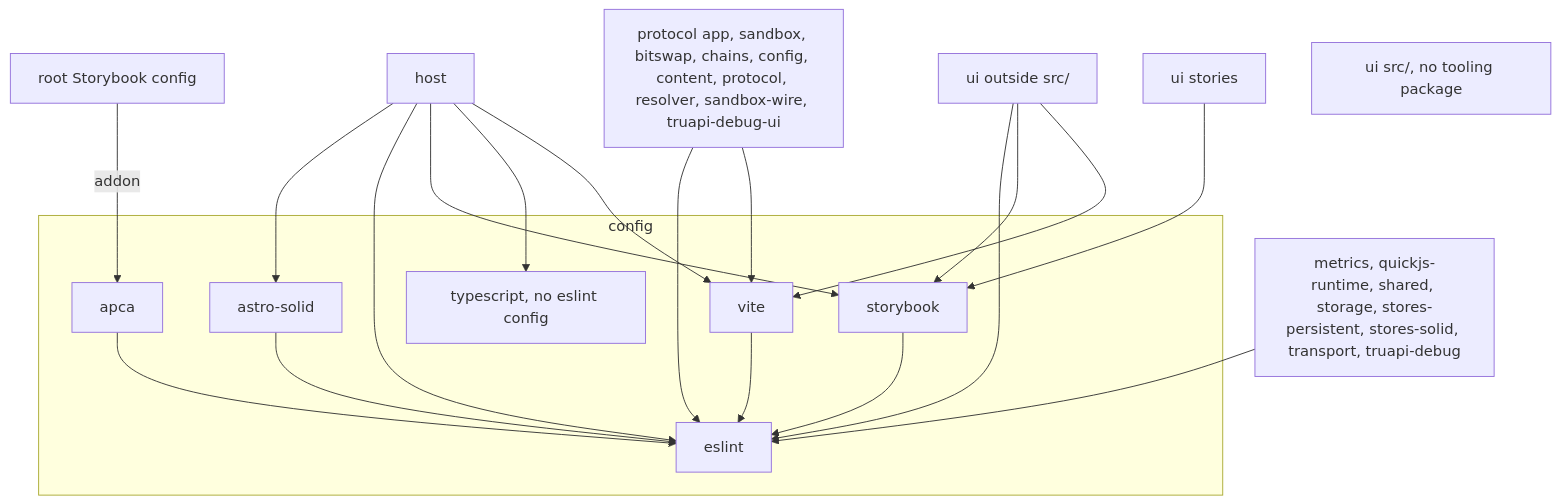
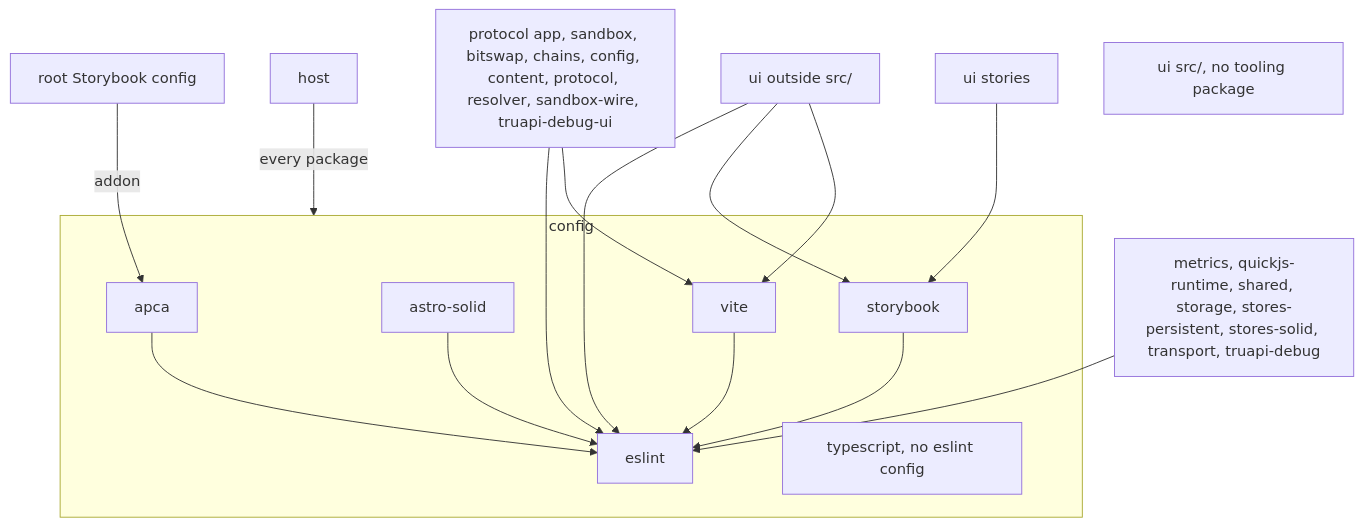
The second of 2 diagrams in docs/code/placement.md (paritytech/dotli-community), drawn with Mermaid before and after one commit.

Commit message:
docs(placement): keep the host's every-package tooling edge
The tooling diagram records what a layer may import, and the host may
import every package. The root Storybook config's addon edge to
@config/apca stays.

````diff
--- a/docs/code/placement.md
+++ b/docs/code/placement.md
@@ -75,25 +75,25 @@
 ```mermaid
 flowchart TD
   host[host]
   storybookConfig[root Storybook config]
   viteUsers["protocol app, sandbox, bitswap, chains, config, content, protocol, resolver, sandbox-wire, truapi-debug-ui"]
   eslintOnly["metrics, quickjs-runtime, shared, storage, stores-persistent, stores-solid, transport, truapi-debug"]
   uiRest["ui outside src/"]
   uiStories[ui stories]
   uiSrc["ui src/, no tooling package"]
   subgraph tooling [config]
     apca[apca]
     astroSolid[astro-solid]
     eslint[eslint]
     storybook[storybook]
     typescript["typescript, no eslint config"]
     vite[vite]
   end
-  host --> astroSolid & eslint & storybook & typescript & vite
+  host -->|every package| tooling
   storybookConfig -->|addon| apca
   viteUsers --> eslint & vite
   eslintOnly --> eslint
   uiRest --> eslint & storybook & vite
   uiStories --> storybook
   apca & astroSolid & storybook & vite --> eslint
 ```
````
